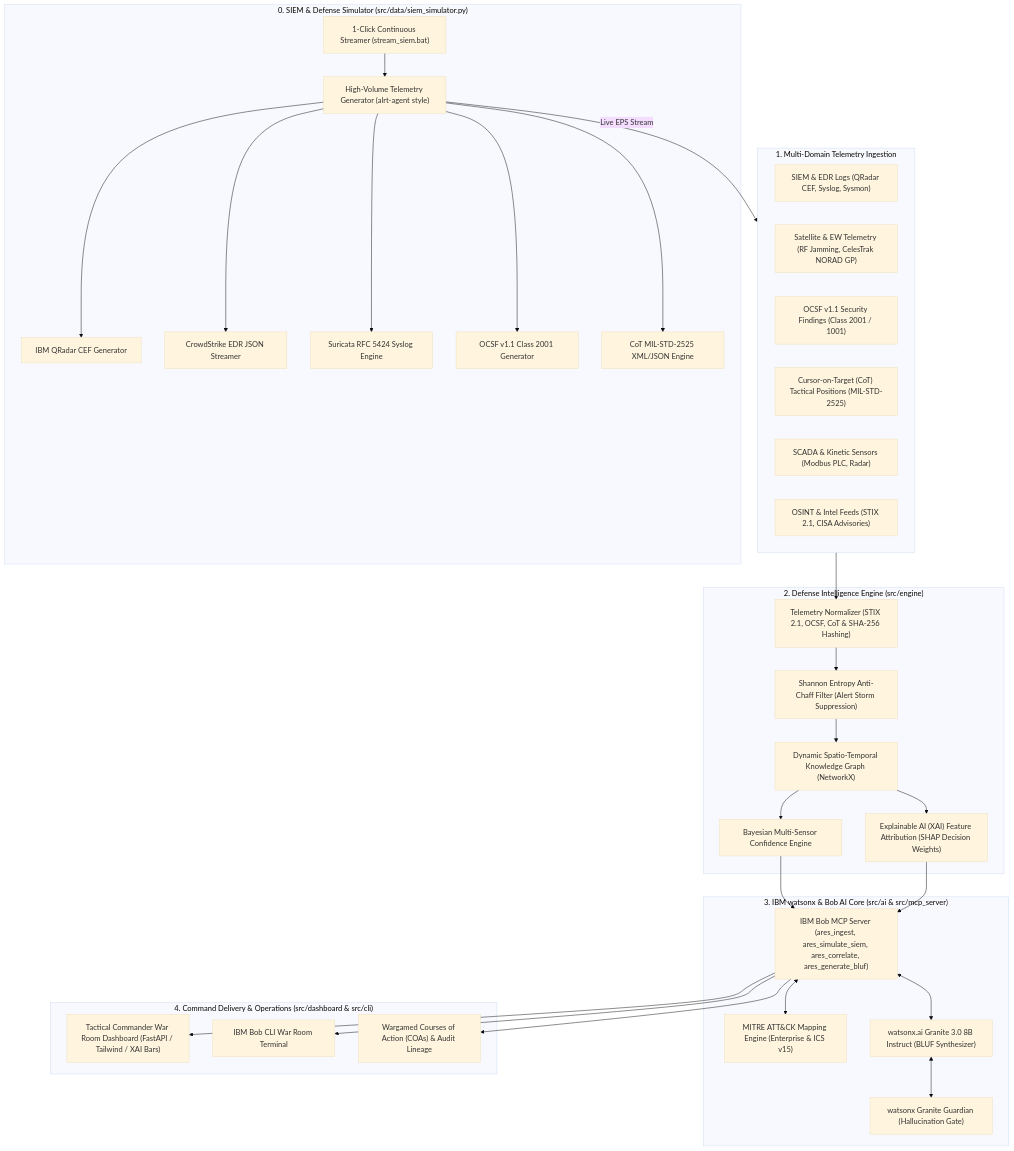
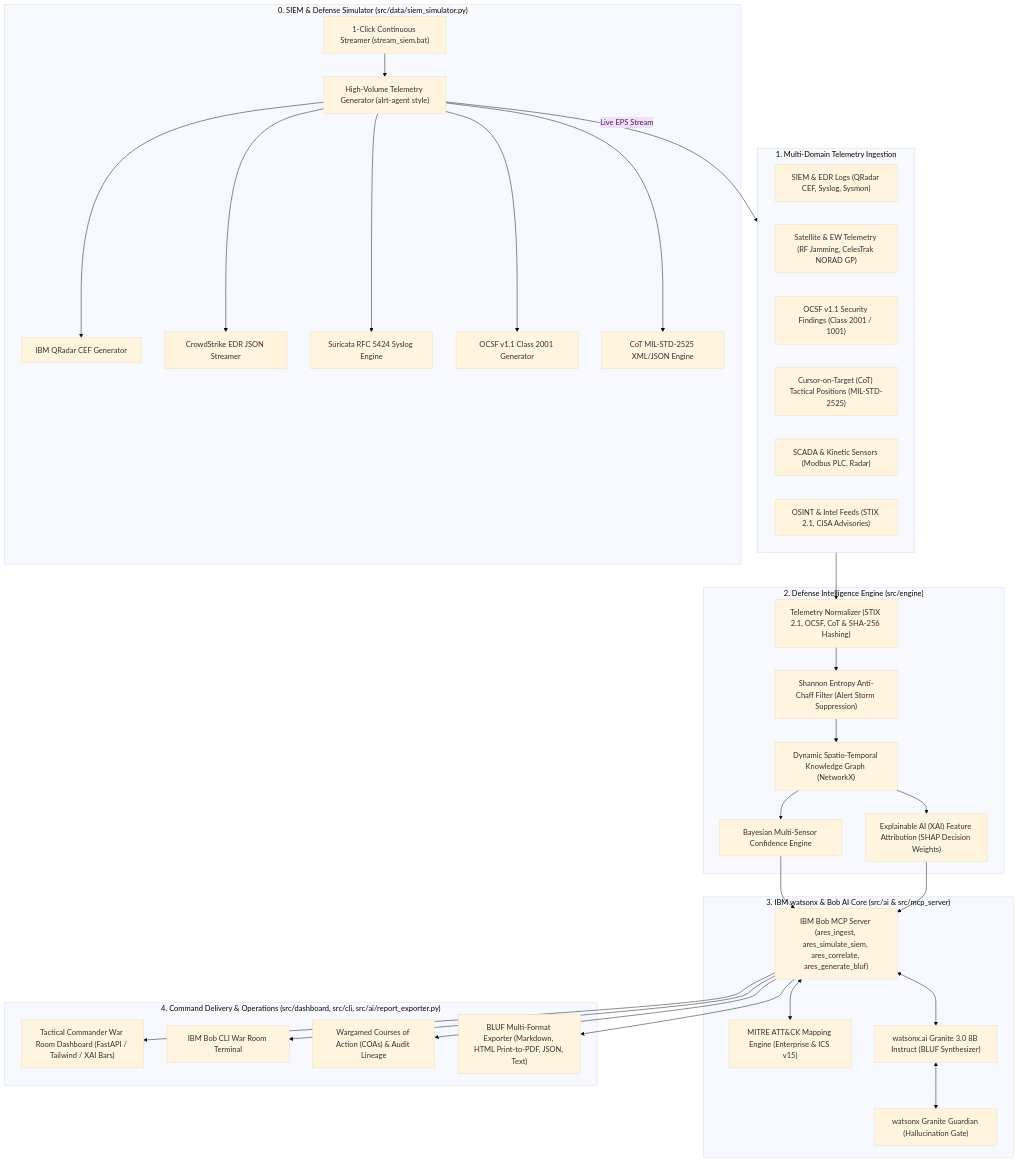
One commit to nerdygeek007/bob-ai-hackathon-pretzel changed the diagram in docs/architecture.md. Above: the diagram before and after it, drawn with Mermaid (base theme). The commit also changed other lines of this file and 13 other files, not shown here.

Commit message:
feat(export): implement multi-format BLUF report exporter (MD, HTML, JSON, TXT) with API, MCP, CLI, and UI modal

````diff
--- a/docs/architecture.md
+++ b/docs/architecture.md
@@ -5,57 +5,58 @@
 ```mermaid
 flowchart TD
     subgraph Simulation["0. SIEM & Defense Simulator (src/data/siem_simulator.py)"]
         SIEM_SIM["High-Volume Telemetry Generator (alrt-agent style)"]
         CEF_GEN["IBM QRadar CEF Generator"]
         EDR_GEN["CrowdStrike EDR JSON Streamer"]
         SURI_GEN["Suricata RFC 5424 Syslog Engine"]
         OCSF_GEN["OCSF v1.1 Class 2001 Generator"]
         COT_GEN["CoT MIL-STD-2525 XML/JSON Engine"]
         STREAM_BAT["1-Click Continuous Streamer (stream_siem.bat)"]
         SIEM_SIM --> CEF_GEN & EDR_GEN & SURI_GEN & OCSF_GEN & COT_GEN
         STREAM_BAT --> SIEM_SIM
     end
 
     subgraph Feeds["1. Multi-Domain Telemetry Ingestion"]
         SIEM["SIEM & EDR Logs (QRadar CEF, Syslog, Sysmon)"]
         SAT["Satellite & EW Telemetry (RF Jamming, CelesTrak NORAD GP)"]
         OCSF["OCSF v1.1 Security Findings (Class 2001 / 1001)"]
         COT["Cursor-on-Target (CoT) Tactical Positions (MIL-STD-2525)"]
         ICS["SCADA & Kinetic Sensors (Modbus PLC, Radar)"]
         OSINT["OSINT & Intel Feeds (STIX 2.1, CISA Advisories)"]
     end
 
     subgraph CoreEngine["2. Defense Intelligence Engine (src/engine)"]
         NORM["Telemetry Normalizer (STIX 2.1, OCSF, CoT & SHA-256 Hashing)"]
         CHAFF["Shannon Entropy Anti-Chaff Filter (Alert Storm Suppression)"]
         TKG["Dynamic Spatio-Temporal Knowledge Graph (NetworkX)"]
         XAI["Explainable AI (XAI) Feature Attribution (SHAP Decision Weights)"]
         BAYES["Bayesian Multi-Sensor Confidence Engine"]
     end
 
     subgraph AISwarm["3. IBM watsonx & Bob AI Core (src/ai & src/mcp_server)"]
         BOB_MCP["IBM Bob MCP Server (ares_ingest, ares_simulate_siem, ares_correlate, ares_generate_bluf)"]
         MITRE["MITRE ATT&CK Mapping Engine (Enterprise & ICS v15)"]
         GRANITE["watsonx.ai Granite 3.0 8B Instruct (BLUF Synthesizer)"]
         GUARDIAN["watsonx Granite Guardian (Hallucination Gate)"]
     end
 
-    subgraph Delivery["4. Command Delivery & Operations (src/dashboard & src/cli)"]
+    subgraph Delivery["4. Command Delivery & Operations (src/dashboard, src/cli, src/ai/report_exporter.py)"]
         WARROOM["Tactical Commander War Room Dashboard (FastAPI / Tailwind / XAI Bars)"]
         TERMINAL["IBM Bob CLI War Room Terminal"]
         COA["Wargamed Courses of Action (COAs) & Audit Lineage"]
+        EXPORTER["BLUF Multi-Format Exporter (Markdown, HTML Print-to-PDF, JSON, Text)"]
     end
 
     SIEM_SIM -->|Live EPS Stream| Feeds
     Feeds --> NORM
     NORM --> CHAFF
     CHAFF --> TKG
     TKG --> BAYES
     TKG --> XAI
     BAYES --> BOB_MCP
     XAI --> BOB_MCP
     BOB_MCP <--> MITRE
     BOB_MCP <--> GRANITE
     GRANITE <--> GUARDIAN
-    BOB_MCP --> WARROOM & TERMINAL & COA
+    BOB_MCP --> WARROOM & TERMINAL & COA & EXPORTER
 ```
````
